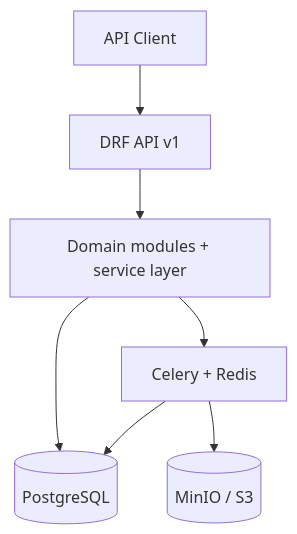
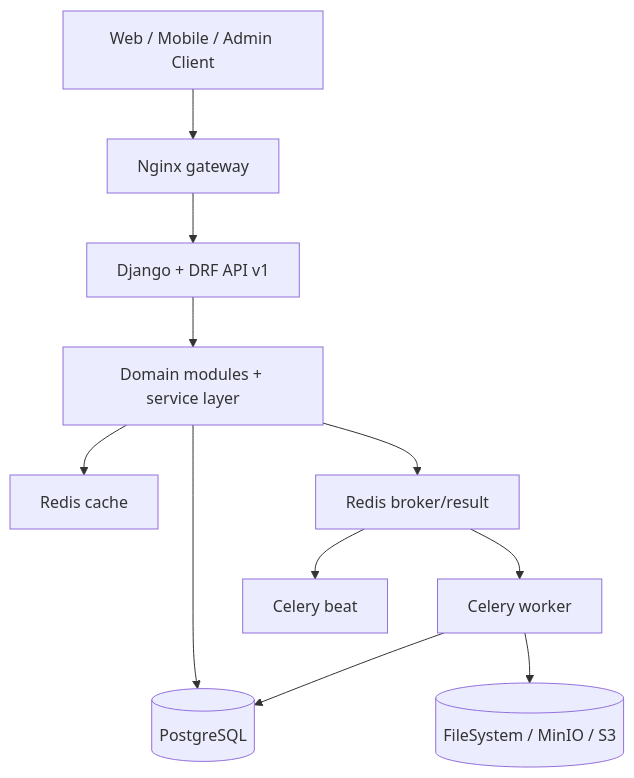
The first of 2 diagrams in Backend/docs/02-ARCHITECTURE_FA.md (leonardo0231/hamamooz-platform), drawn with Mermaid before and after one commit. The commit also changed other lines of this file and 22 other files, not shown here.

````diff
--- a/Backend/docs/02-ARCHITECTURE_FA.md
+++ b/Backend/docs/02-ARCHITECTURE_FA.md
@@ -7,9 +7,13 @@
 ```mermaid
 flowchart TB
-    Client["API Client"] --> API["DRF API v1"]
+    Client["Web / Mobile / Admin Client"] --> Gateway["Nginx gateway"]
+    Gateway --> API["Django + DRF API v1"]
     API --> Domains["Domain modules + service layer"]
     Domains --> DB[(PostgreSQL)]
-    Domains --> Queue["Celery + Redis"]
-    Queue --> Object[(MinIO / S3)]
-    Queue --> DB
+    Domains --> Cache["Redis cache"]
+    Domains --> Broker["Redis broker/result"]
+    Broker --> Worker["Celery worker"]
+    Broker --> Beat["Celery beat"]
+    Worker --> DB
+    Worker --> Object[(FileSystem / MinIO / S3)]
 ```
````
